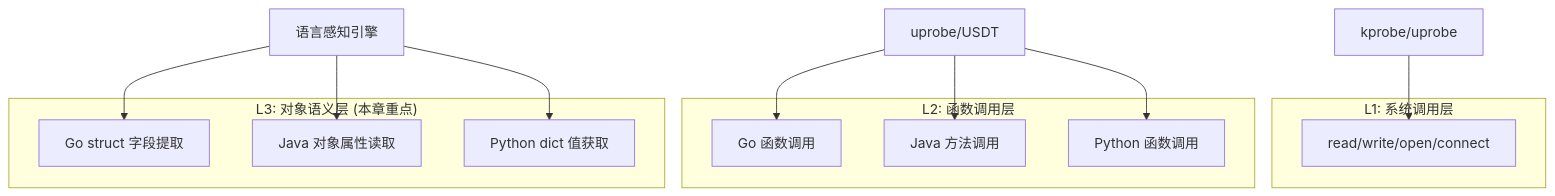
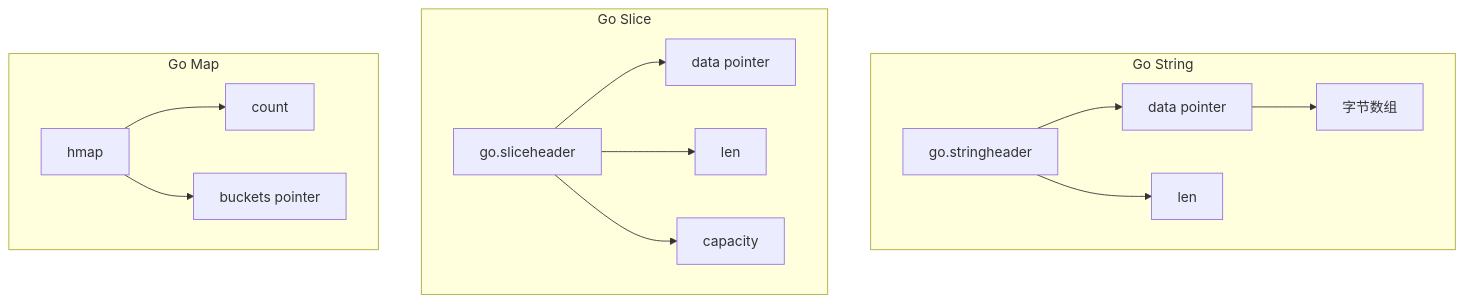
Before and after one commit to hlwqds/hl-ljj-quartz: the third of 4 diagrams in content/2026-04-08-ebpf-deep-dive-ch36-dynamic-language-introspection.md, drawn with Mermaid. The commit also changed other lines of this file and 618 other files, not shown here.

````diff
--- a/content/2026-04-08-ebpf-deep-dive-ch36-dynamic-language-introspection.md
+++ b/content/2026-04-08-ebpf-deep-dive-ch36-dynamic-language-introspection.md
@@ -76,26 +287,22 @@
 ```mermaid
 graph TB
-    subgraph "L1: 系统调用层"
-        Syscall[read/write/open/connect]
+    subgraph "Go String"
+        GStr[go.stringheader]
+        GStr --> Ptr[data pointer]
+        GStr --> Len[len]
+        Ptr --> Data[字节数组]
     end
 
-    subgraph "L2: 函数调用层"
-        Go_Func[Go 函数调用]
-        Java_Method[Java 方法调用]
-        Python_Call[Python 函数调用]
+    subgraph "Go Slice"
+        GSlice[go.sliceheader]
+        GSlice --> PtrS[data pointer]
+        GSlice --> LenS[len]
+        GSlice --> Cap[capacity]
     end
 
-    subgraph "L3: 对象语义层 (本章重点)"
-        Go_Struct[Go struct 字段提取]
-        Java_Obj[Java 对象属性读取]
-        Python_Dict[Python dict 值获取]
+    subgraph "Go Map"
+        GMap[hmap]
+        GMap --> Count[count]
+        GMap --> Buckets[buckets pointer]
     end
-
-    L1[kprobe/uprobe] --> Syscall
-    L2[uprobe/USDT] --> Go_Func
-    L2 --> Java_Method
-    L2 --> Python_Call
-    L3[语言感知引擎] --> Go_Struct
-    L3 --> Java_Obj
-    L3 --> Python_Dict
 ```
````
